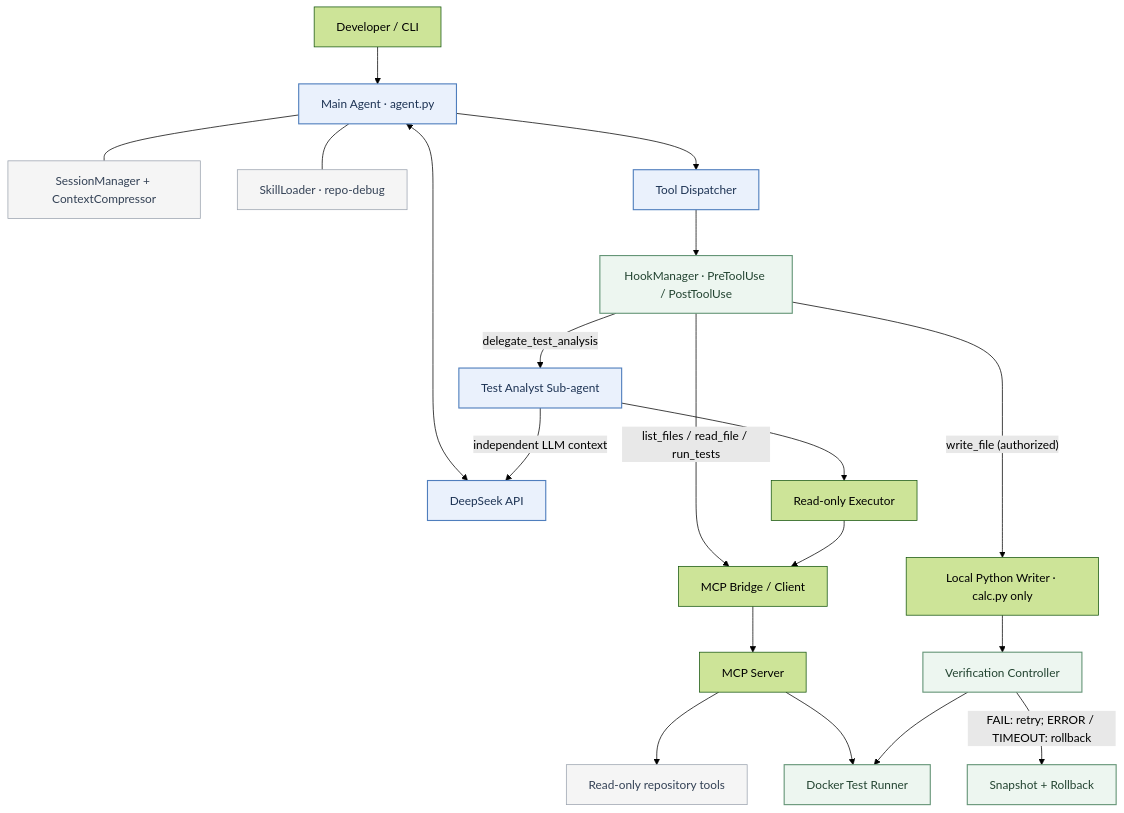
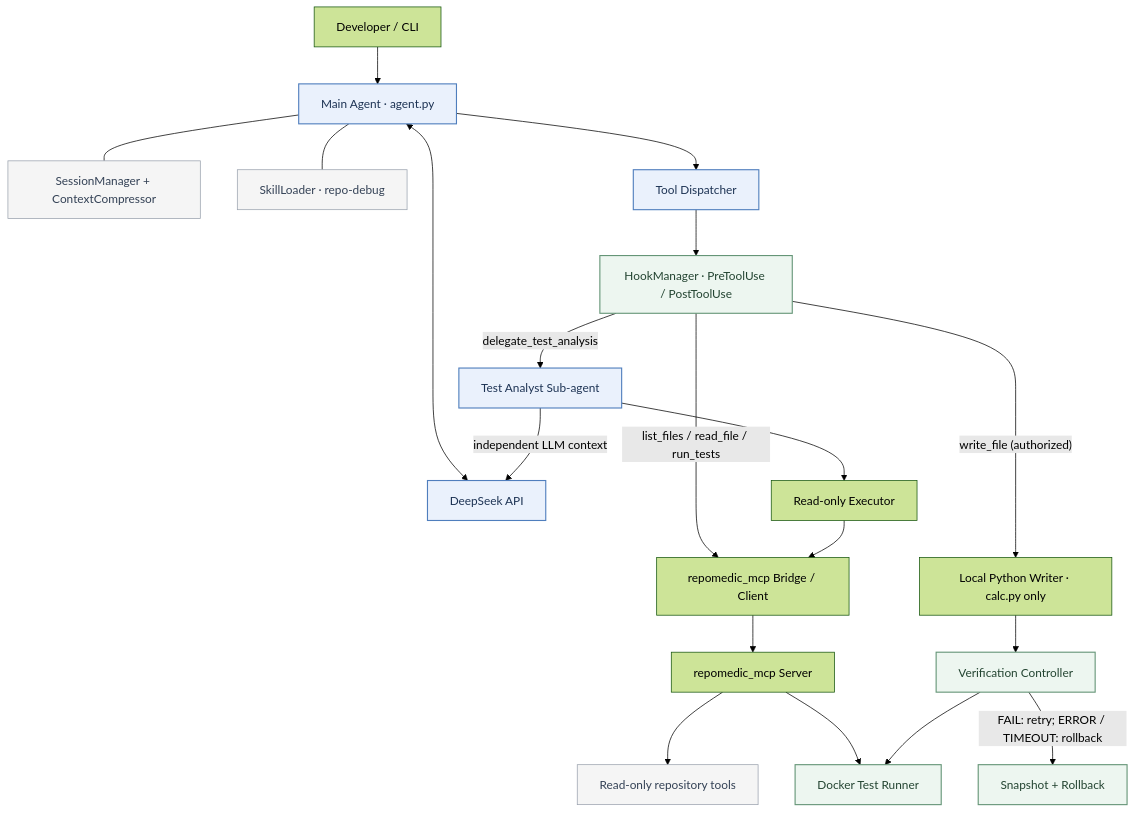
Before and after one commit to wttttlll/repomedic: the diagram in docs/ARCHITECTURE.md, drawn with Mermaid (forest theme). The commit also changed other lines of this file and 11 other files, not shown here.

````diff
--- a/docs/ARCHITECTURE.md
+++ b/docs/ARCHITECTURE.md
@@ -11,32 +11,32 @@
 ```mermaid
 flowchart TB
     USER["Developer / CLI"] --> MAIN["Main Agent · agent.py"]
     MAIN <--> LLM["DeepSeek API"]
     MAIN --- SESSION["SessionManager + ContextCompressor"]
     MAIN --- SKILL["SkillLoader · repo-debug"]
 
     MAIN --> DISPATCH["Tool Dispatcher"]
     DISPATCH --> HOOK["HookManager · PreToolUse / PostToolUse"]
 
-    HOOK -->|"list_files / read_file / run_tests"| BRIDGE["MCP Bridge / Client"]
-    BRIDGE --> SERVER["MCP Server"]
+    HOOK -->|"list_files / read_file / run_tests"| BRIDGE["repomedic_mcp Bridge / Client"]
+    BRIDGE --> SERVER["repomedic_mcp Server"]
     SERVER --> READ["Read-only repository tools"]
     SERVER --> DOCKER["Docker Test Runner"]
 
     HOOK -->|"write_file (authorized)"| WRITER["Local Python Writer · calc.py only"]
     WRITER --> VERIFY["Verification Controller"]
     VERIFY --> DOCKER
     VERIFY -->|"FAIL: retry; ERROR / TIMEOUT: rollback"| ROLLBACK["Snapshot + Rollback"]
 
     HOOK -->|"delegate_test_analysis"| SUB["Test Analyst Sub-agent"]
     SUB -->|"independent LLM context"| LLM
     SUB --> RO["Read-only Executor"]
     RO --> BRIDGE
 
     classDef primary fill:#eaf1fc,stroke:#4f7ebd,color:#1d3354,stroke-width:1.5px;
     classDef safety fill:#edf6f0,stroke:#659577,color:#234431,stroke-width:1.5px;
     classDef storage fill:#f5f5f5,stroke:#9aa2ae,color:#334155;
     class MAIN,DISPATCH,LLM,SUB primary;
     class HOOK,VERIFY,ROLLBACK,DOCKER safety;
     class SESSION,SKILL,READ storage;
 ```
````
